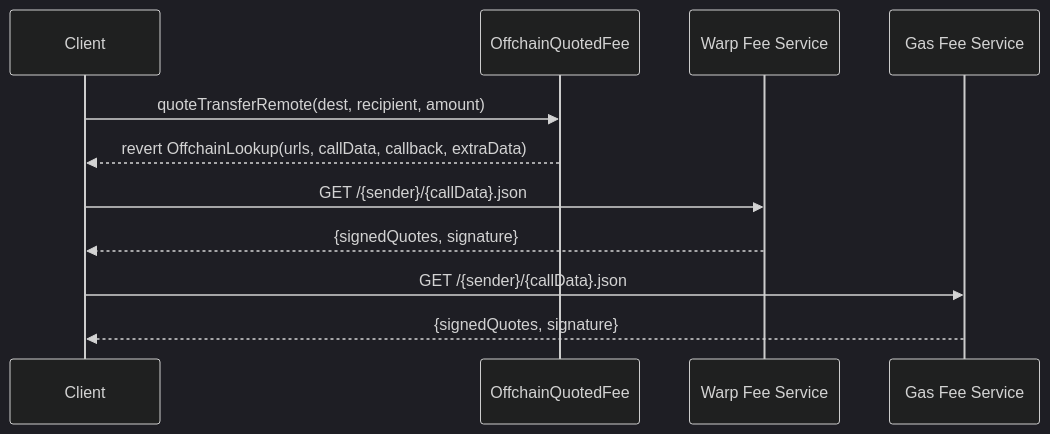
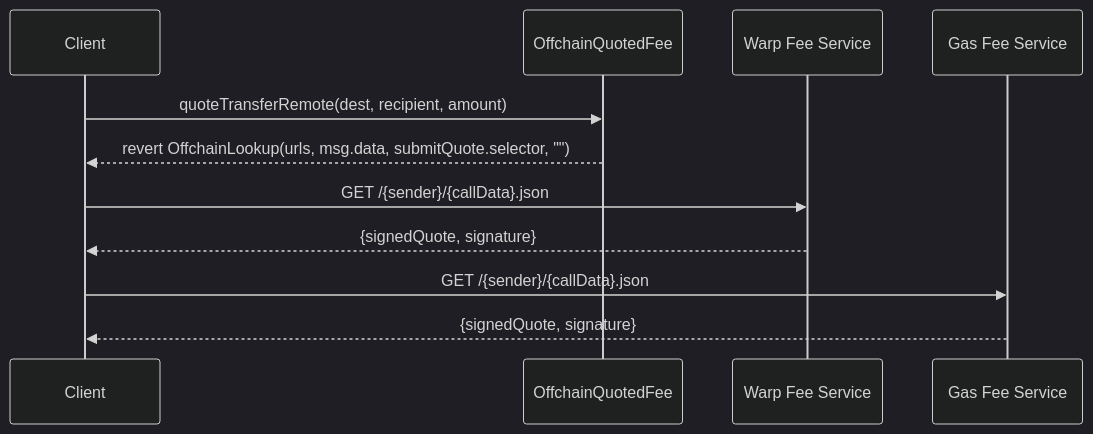
The first of 4 diagrams in docs/offchain-fee-quoting.md (fujijin/hyperlane-monorepo), drawn with Mermaid (dark theme) before and after one commit. The commit also changed other lines of this file, not shown here.

First line of the commit message:
docs: major revision of offchain fee quoting proposal

````diff
--- a/docs/offchain-fee-quoting.md
+++ b/docs/offchain-fee-quoting.md
@@ -223,16 +413,16 @@
 ```mermaid
 sequenceDiagram
     participant Client
     participant QuotedFee as OffchainQuotedFee
     participant WarpFeeAPI as Warp Fee Service
     participant GasFeeAPI as Gas Fee Service
 
     Client->>QuotedFee: quoteTransferRemote(dest, recipient, amount)
-    QuotedFee-->>Client: revert OffchainLookup(urls, callData, callback, extraData)
+    QuotedFee-->>Client: revert OffchainLookup(urls, msg.data, submitQuote.selector, "")
 
     Client->>WarpFeeAPI: GET /{sender}/{callData}.json
-    WarpFeeAPI-->>Client: {signedQuotes, signature}
+    WarpFeeAPI-->>Client: {signedQuote, signature}
 
     Client->>GasFeeAPI: GET /{sender}/{callData}.json
-    GasFeeAPI-->>Client: {signedQuotes, signature}
+    GasFeeAPI-->>Client: {signedQuote, signature}
 ```
````
